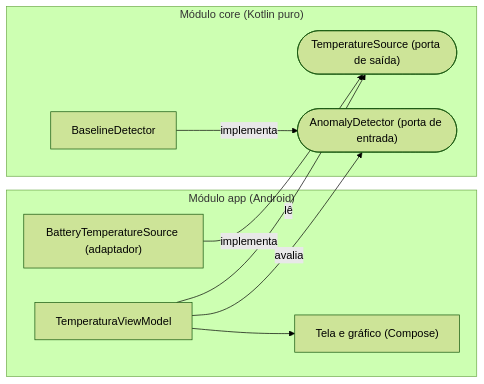
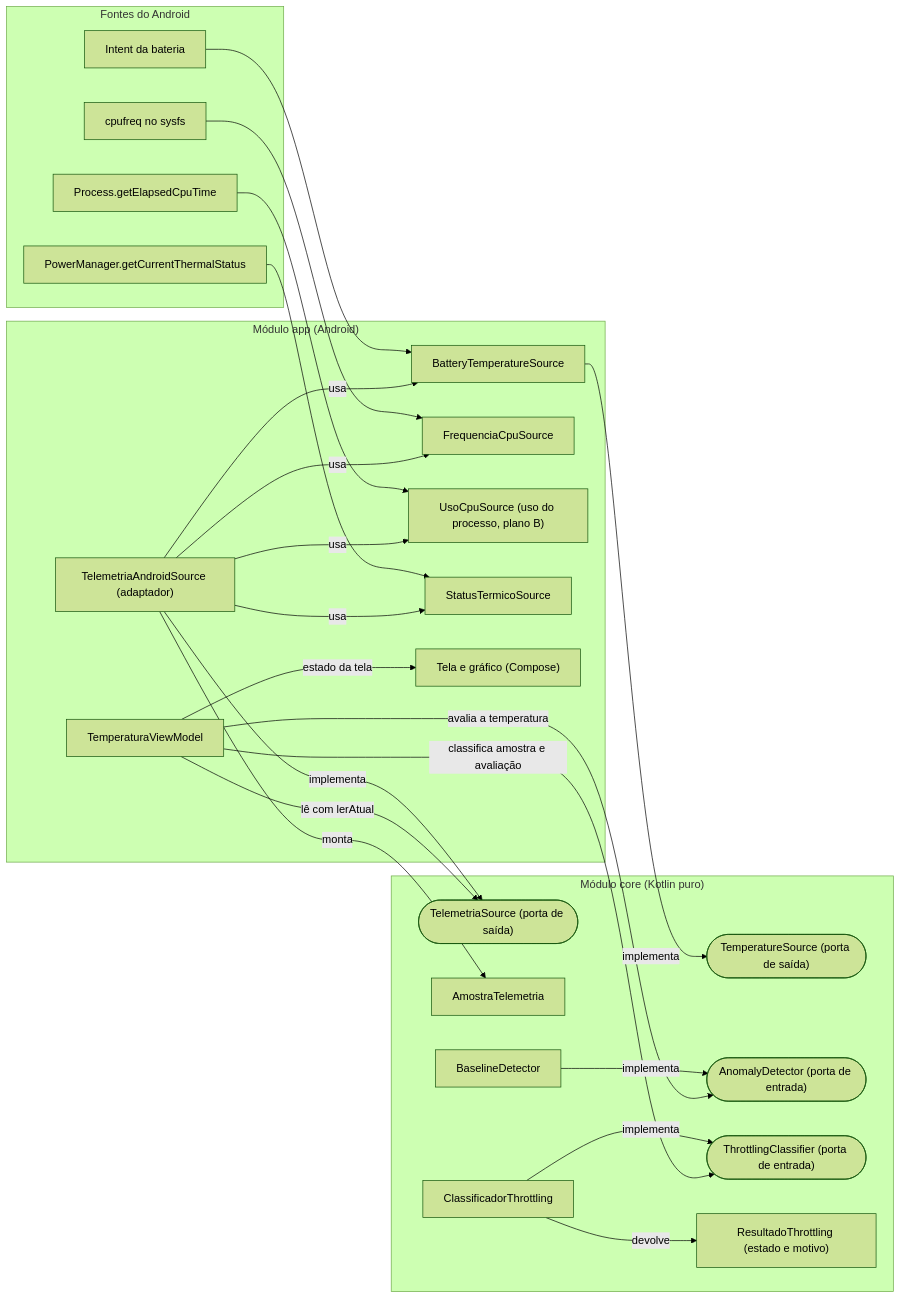
Before and after one commit to celiobenj/hornet-seldon: the diagram in README.md, drawn with Mermaid (forest theme). The commit also changed other lines of this file, not shown here.

Commit message:
docs: atualiza diagrama da arquitetura no README para a v2

````diff
--- a/README.md
+++ b/README.md
@@ -23,18 +25,46 @@
 ```mermaid
 flowchart LR
+  subgraph android["Fontes do Android"]
+    F1["Intent da bateria"]
+    F2["cpufreq no sysfs"]
+    F3["Process.getElapsedCpuTime"]
+    F4["PowerManager.getCurrentThermalStatus"]
+  end
   subgraph app["Módulo app (Android)"]
-    BS["BatteryTemperatureSource (adaptador)"]
+    BS["BatteryTemperatureSource"]
+    FS["FrequenciaCpuSource"]
+    US["UsoCpuSource (uso do processo, plano B)"]
+    ST["StatusTermicoSource"]
+    TA["TelemetriaAndroidSource (adaptador)"]
     VM["TemperaturaViewModel"]
     UI["Tela e gráfico (Compose)"]
   end
   subgraph core["Módulo core (Kotlin puro)"]
-    TS(["TemperatureSource (porta de saída)"])
+    TE(["TemperatureSource (porta de saída)"])
+    TS(["TelemetriaSource (porta de saída)"])
+    AM["AmostraTelemetria"]
     AD(["AnomalyDetector (porta de entrada)"])
     BD["BaselineDetector"]
+    TC(["ThrottlingClassifier (porta de entrada)"])
+    CT["ClassificadorThrottling"]
+    RT["ResultadoThrottling (estado e motivo)"]
   end
-  BS -- implementa --> TS
+  F1 --> BS
+  F2 --> FS
+  F3 --> US
+  F4 --> ST
+  BS -- implementa --> TE
+  TA -- implementa --> TS
+  TA -- usa --> BS
+  TA -- usa --> FS
+  TA -- usa --> US
+  TA -- usa --> ST
+  TA -- monta --> AM
   BD -- implementa --> AD
-  VM -- lê --> TS
-  VM -- avalia --> AD
-  VM --> UI
+  CT -- implementa --> TC
+  CT -- devolve --> RT
+  VM -- lê com lerAtual --> TS
+  VM -- avalia a temperatura --> AD
+  VM -- classifica amostra e avaliação --> TC
+  VM -- estado da tela --> UI
 ```
````
